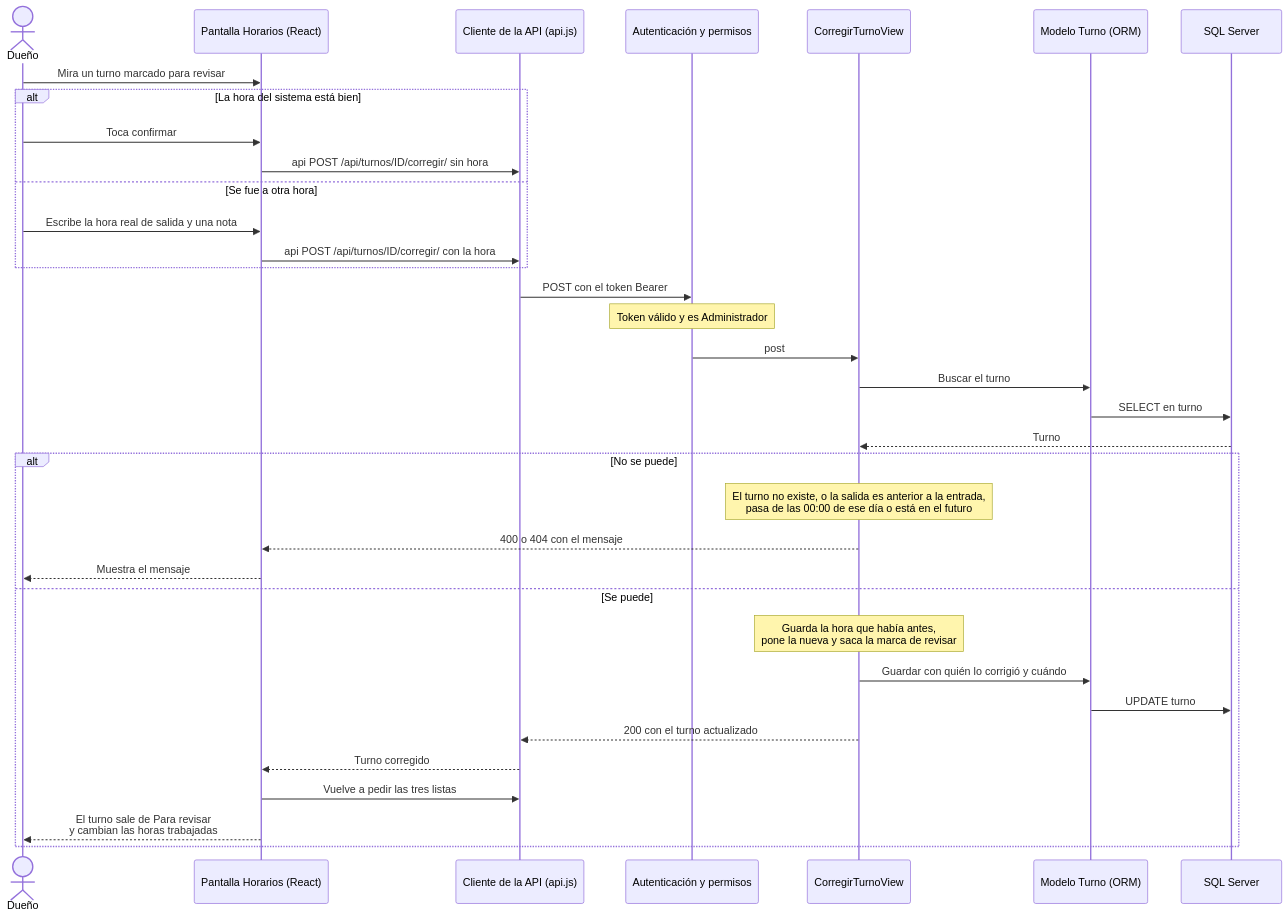
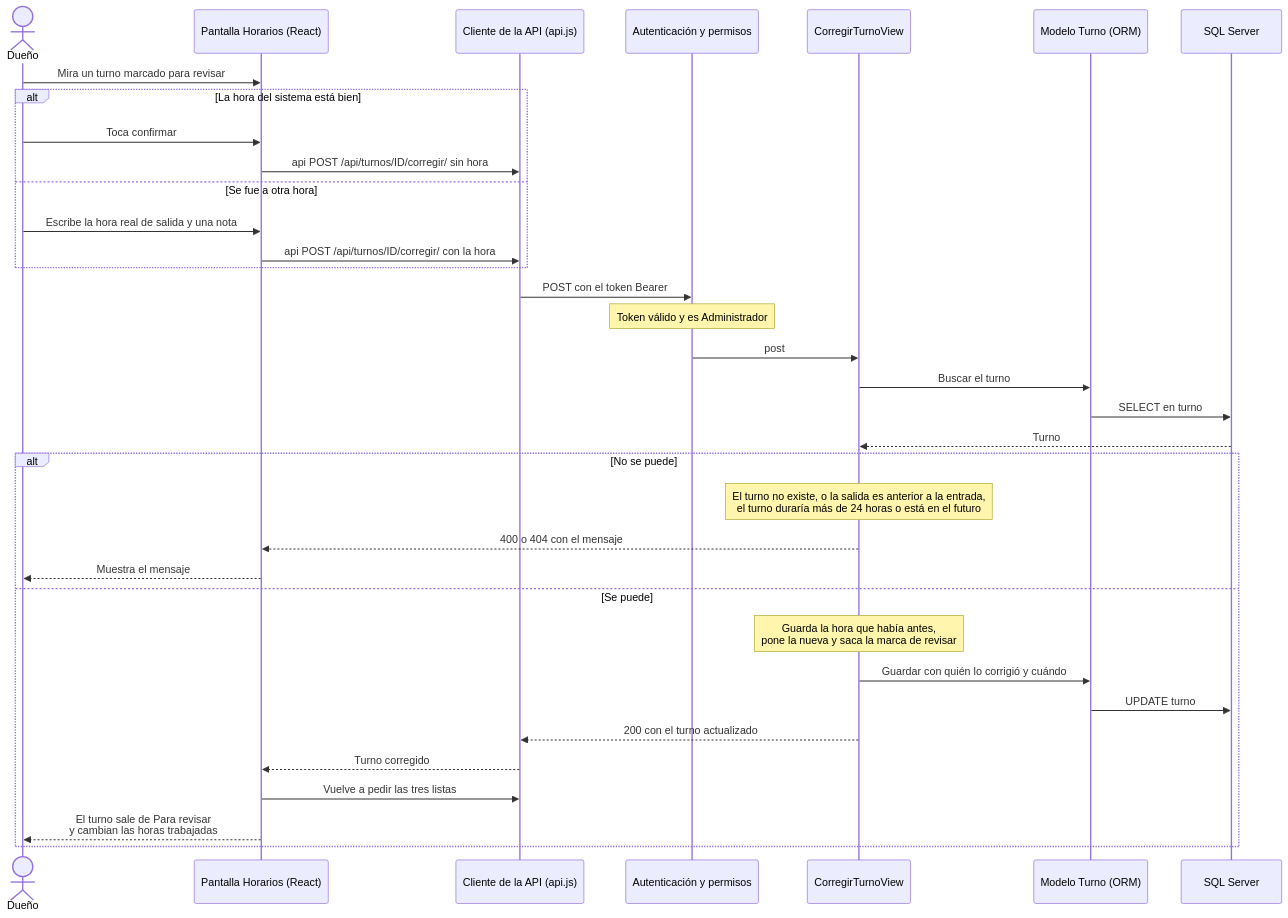
Before and after one commit to guadaluperren12345-art/sistema-de-mercado: the fourth of 4 diagrams in docs/diagrama-secuencia-horarios.md, drawn with Mermaid. The commit also changed other lines of this file and 50 other files, not shown here.

````diff
--- a/docs/diagrama-secuencia-horarios.md
+++ b/docs/diagrama-secuencia-horarios.md
@@ -186,39 +186,39 @@
 ```mermaid
 sequenceDiagram
     actor Dueno as Dueño
     participant Pantalla as Pantalla Horarios (React)
     participant Cliente as Cliente de la API (api.js)
     participant Permisos as Autenticación y permisos
     participant Vista as CorregirTurnoView
     participant ORM as Modelo Turno (ORM)
     participant BD as SQL Server
 
     Dueno->>Pantalla: Mira un turno marcado para revisar
     alt La hora del sistema está bien
         Dueno->>Pantalla: Toca confirmar
         Pantalla->>Cliente: api POST /api/turnos/ID/corregir/ sin hora
     else Se fue a otra hora
         Dueno->>Pantalla: Escribe la hora real de salida y una nota
         Pantalla->>Cliente: api POST /api/turnos/ID/corregir/ con la hora
     end
     Cliente->>Permisos: POST con el token Bearer
     Note over Permisos: Token válido y es Administrador
     Permisos->>Vista: post
     Vista->>ORM: Buscar el turno
     ORM->>BD: SELECT en turno
     BD-->>Vista: Turno
 
     alt No se puede
-        Note over Vista: El turno no existe, o la salida es anterior a la entrada,<br/>pasa de las 00:00 de ese día o está en el futuro
+        Note over Vista: El turno no existe, o la salida es anterior a la entrada,<br/>el turno duraría más de 24 horas o está en el futuro
         Vista-->>Pantalla: 400 o 404 con el mensaje
         Pantalla-->>Dueno: Muestra el mensaje
     else Se puede
         Note over Vista: Guarda la hora que había antes,<br/>pone la nueva y saca la marca de revisar
         Vista->>ORM: Guardar con quién lo corrigió y cuándo
         ORM->>BD: UPDATE turno
         Vista-->>Cliente: 200 con el turno actualizado
         Cliente-->>Pantalla: Turno corregido
         Pantalla->>Cliente: Vuelve a pedir las tres listas
         Pantalla-->>Dueno: El turno sale de Para revisar<br/>y cambian las horas trabajadas
     end
 ```
````
